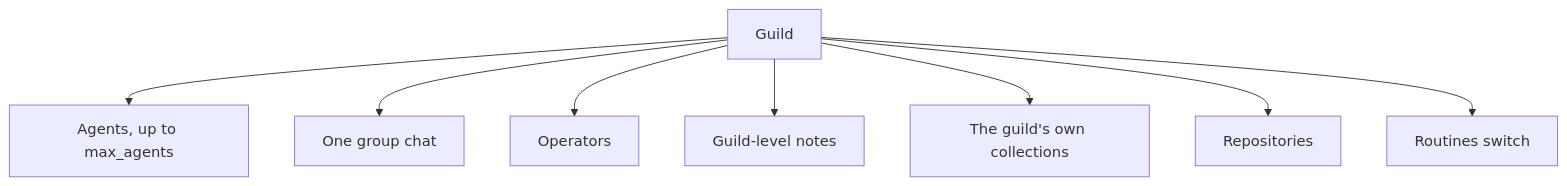
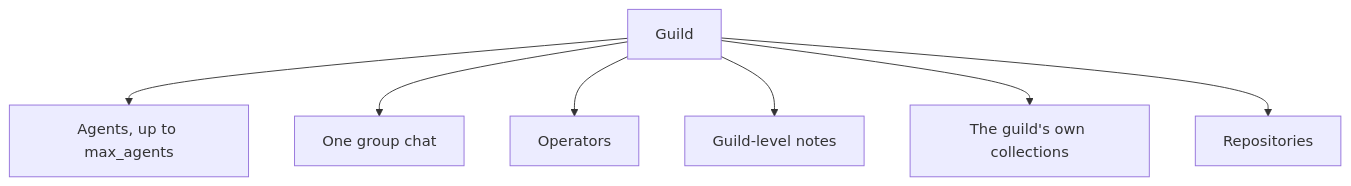
The diagram in docs/concepts/guilds.md (CigaleAI/guilds), drawn with Mermaid before and after one commit. The commit also changed other lines of this file and 82 other files, not shown here.

````diff
--- a/docs/concepts/guilds.md
+++ b/docs/concepts/guilds.md
@@ -24,10 +24,9 @@
 ```mermaid
 flowchart TD
   guild[Guild] --> agents[Agents, up to max_agents]
   guild --> chat[One group chat]
   guild --> ops[Operators]
   guild --> notes[Guild-level notes]
   guild --> tables[The guild's own collections]
   guild --> repos[Repositories]
-  guild --> routines[Routines switch]
 ```
````
